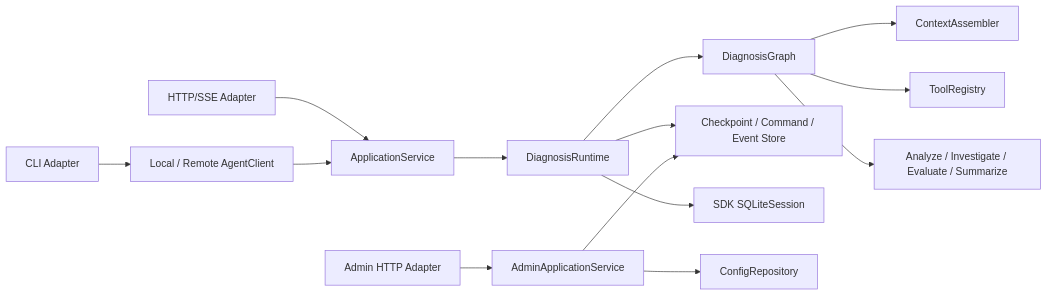
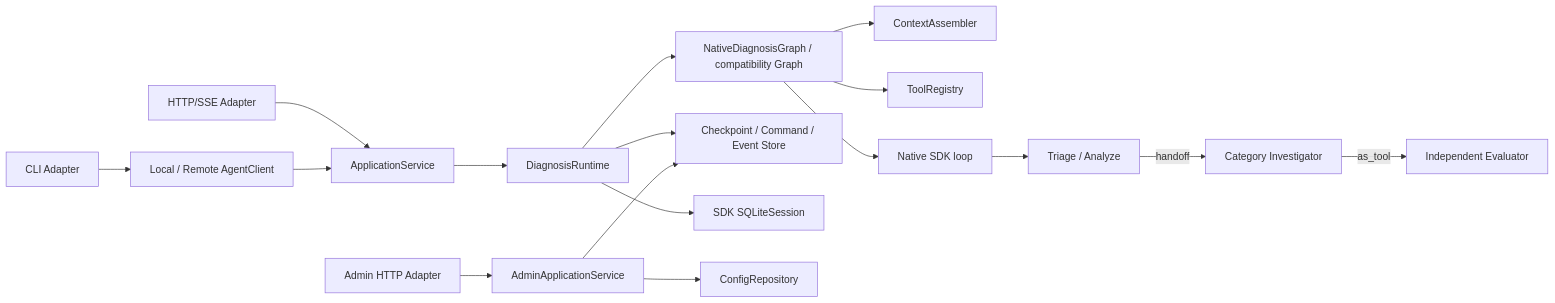
One commit to Dahaoge666/BugLens changed the diagram in backend/docs/architecture.md. Above: the diagram before and after it, drawn with Mermaid. The commit also changed other lines of this file and 15 other files, not shown here.

````diff
--- a/backend/docs/architecture.md
+++ b/backend/docs/architecture.md
@@ -7,16 +7,19 @@
 ```mermaid
 flowchart LR
     CLI[CLI Adapter] --> CLIENT[Local / Remote AgentClient]
     WEB[HTTP/SSE Adapter] --> APP[ApplicationService]
     CLIENT --> APP
     ADMIN[Admin HTTP Adapter] --> ADMINAPP[AdminApplicationService]
     APP --> RUNTIME[DiagnosisRuntime]
-    RUNTIME --> GRAPH[DiagnosisGraph]
+    RUNTIME --> GRAPH[NativeDiagnosisGraph / compatibility Graph]
     RUNTIME --> STORE[Checkpoint / Command / Event Store]
     RUNTIME --> SESSION[SDK SQLiteSession]
     ADMINAPP --> CONFIG[ConfigRepository]
     ADMINAPP --> STORE
     GRAPH --> CONTEXT[ContextAssembler]
     GRAPH --> TOOLS[ToolRegistry]
-    GRAPH --> NODES[Analyze / Investigate / Evaluate / Summarize]
+    GRAPH --> NODES[Native SDK loop]
+    NODES --> TRIAGE[Triage / Analyze]
+    TRIAGE -->|handoff| INVESTIGATE[Category Investigator]
+    INVESTIGATE -->|as_tool| EVALUATE[Independent Evaluator]
 ```
````
